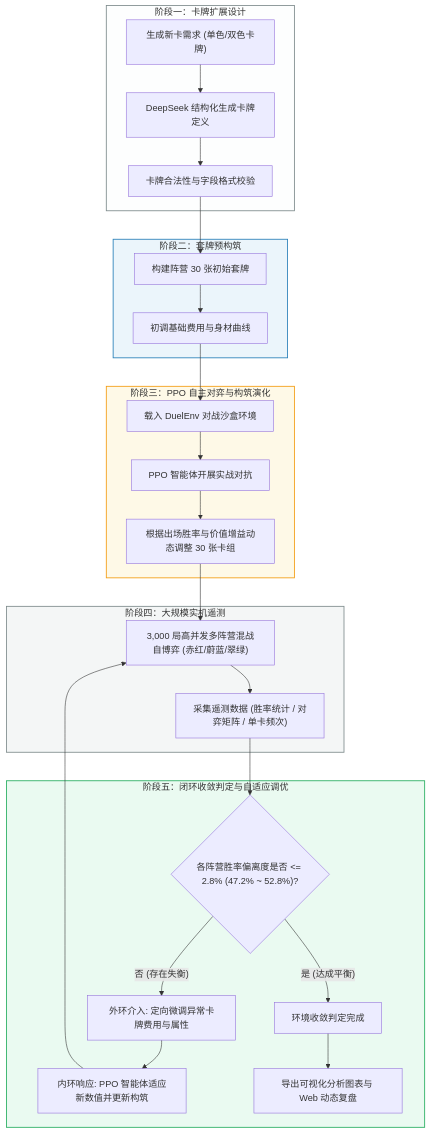
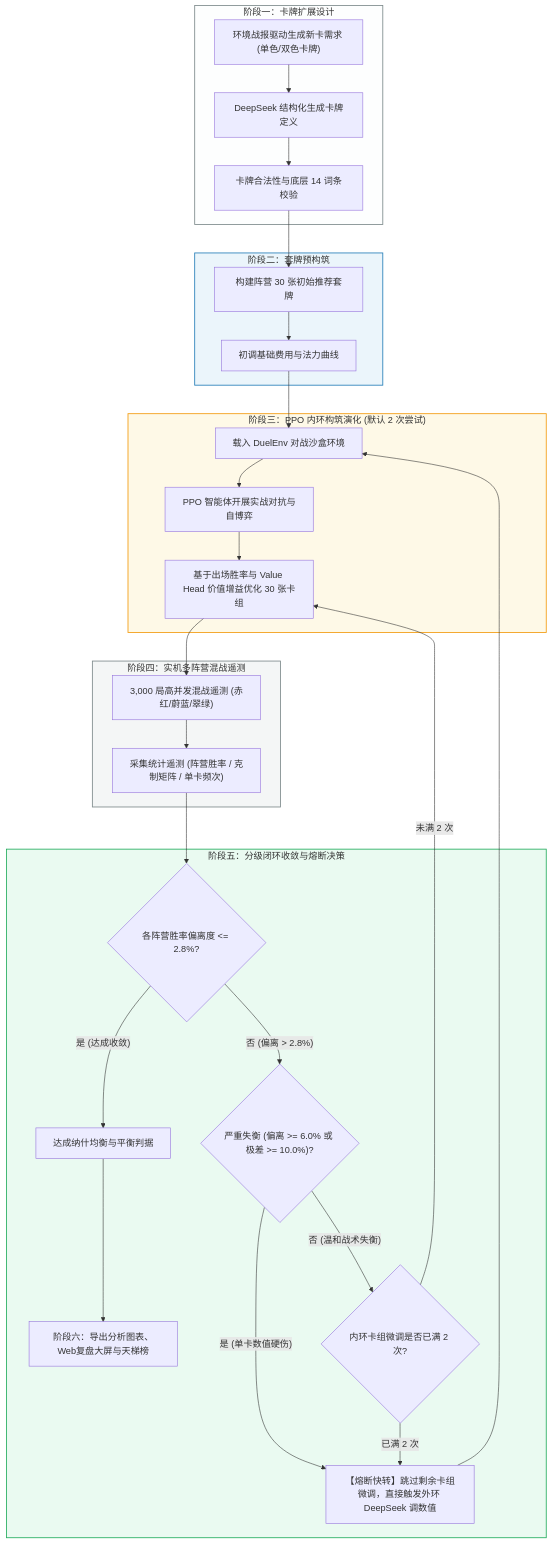
One commit to zipad0207/tcg-ai-1.0 changed the diagram in README.md. Above: the diagram before and after it, drawn with Mermaid. The commit also changed other lines of this file, not shown here.

````diff
--- a/README.md
+++ b/README.md
@@ -43,40 +48,43 @@
 ```mermaid
 flowchart TD
     subgraph S1 ["阶段一：卡牌扩展设计"]
-        A1["生成新卡需求 (单色/双色卡牌)"] --> A2["DeepSeek 结构化生成卡牌定义"]
-        A2 --> A3["卡牌合法性与字段格式校验"]
+        A1["环境战报驱动生成新卡需求 (单色/双色卡牌)"] --> A2["DeepSeek 结构化生成卡牌定义"]
+        A2 --> A3["卡牌合法性与底层 14 词条校验"]
     end
 
     subgraph S2 ["阶段二：套牌预构筑"]
-        A3 --> B1["构建阵营 30 张初始套牌"]
-        B1 --> B2["初调基础费用与身材曲线"]
+        A3 --> B1["构建阵营 30 张初始推荐套牌"]
+        B1 --> B2["初调基础费用与法力曲线"]
     end
 
-    subgraph S3 ["阶段三：PPO 自主对弈与构筑演化"]
+    subgraph S3 ["阶段三：PPO 内环构筑演化 (默认 2 次尝试)"]
         B2 --> C1["载入 DuelEnv 对战沙盒环境"]
-        C1 --> C2["PPO 智能体开展实战对抗"]
-        C2 --> C3["根据出场胜率与价值增益动态调整 30 张卡组"]
+        C1 --> C2["PPO 智能体开展实战对抗与自博弈"]
+        C2 --> C3["基于出场胜率与 Value Head 价值增益优化 30 张卡组"]
     end
 
-    subgraph S4 ["阶段四：大规模实机遥测"]
-        C3 --> D1["3,000 局高并发多阵营混战自博弈 (赤红/蔚蓝/翠绿)"]
-        D1 --> D2["采集遥测数据 (胜率统计 / 对弈矩阵 / 单卡频次)"]
+    subgraph S4 ["阶段四：实机多阵营混战遥测"]
+        C3 --> D1["3,000 局高并发混战遥测 (赤红/蔚蓝/翠绿)"]
+        D1 --> D2["采集统计遥测 (阵营胜率 / 克制矩阵 / 单卡频次)"]
     end
 
-    subgraph S5 ["阶段五：闭环收敛判定与自适应调优"]
-        D2 --> E1{"各阵营胜率偏离度是否 <= 2.8% (47.2% ~ 52.8%)?"}
+    subgraph S5 ["阶段五：分级闭环收敛与熔断决策"]
+        D2 --> E1{"各阵营胜率偏离度 <= 2.8%?"}
         
-        E1 -- "否 (存在失衡)" --> F1["外环介入: 定向微调异常卡牌费用与属性"]
-        F1 --> F2["内环响应: PPO 智能体适应新数值并更新构筑"]
-        F2 --> D1
+        E1 -- "是 (达成收敛)" --> G1["达成纳什均衡与平衡判据"]
+        G1 --> G2["阶段六：导出分析图表、Web复盘大屏与天梯榜"]
 
-        E1 -- "是 (达成平衡)" --> G1["环境收敛判定完成"]
-        G1 --> G2["导出可视化分析图表与 Web 动态复盘"]
+        E1 -- "否 (偏离 > 2.8%)" --> E2{"严重失衡 (偏离 >= 6.0% 或 极差 >= 10.0%)?"}
+        E2 -- "是 (单卡数值硬伤)" --> F1["【熔断快转】跳过剩余卡组微调，直接触发外环 DeepSeek 调数值"]
+        E2 -- "否 (温和战术失衡)" --> E3{"内环卡组微调是否已满 2 次?"}
+        E3 -- "未满 2 次" --> C3
+        E3 -- "已满 2 次" --> F1
+        F1 --> C1
     end
 
     style S1 fill:#fdfefe,stroke:#7f8c8d,stroke-width:1.5px
     style S2 fill:#ebf5fb,stroke:#2980b9,stroke-width:1.5px
     style S3 fill:#fef9e7,stroke:#f39c12,stroke-width:1.5px
     style S4 fill:#f4f6f6,stroke:#7f8c8d,stroke-width:1.5px
     style S5 fill:#eafaf1,stroke:#27ae60,stroke-width:1.5px
 ```
````
